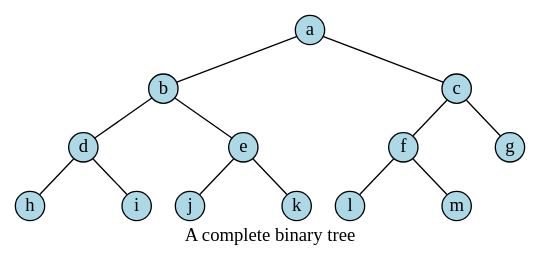
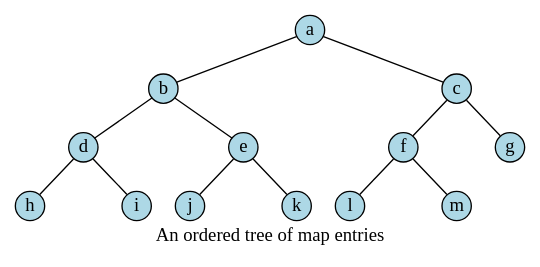
One commit to DaveParillo/cisc187-reader changed the diagram in src/trees/map.rst. Above: the diagram before and after it, drawn with Graphviz. The commit also changed other lines of this file and 25 other files, not shown here.

```diff
--- a/src/trees/map.rst
+++ b/src/trees/map.rst
@@ -96,31 +192,31 @@
 .. digraph:: larger
-   :alt: A complete binary tree
+   :alt: An ordered tree used to illustrate map keys
 
    graph [
           nodesep=0.25, ranksep=0.3, splines=line;
           labelloc=b;
-          label="A complete binary tree";
+          label="An ordered tree of map entries";
        ];
    node [fontname = "Bitstream Vera Sans", fontsize=14,
          style=filled, fillcolor=lightblue,
          shape=circle, fixedsize=true, width=0.3];
    edge [weight=1, arrowsize=0.5, dir=none];
 
    a, b, am, c, d, bm, e, f, cm, g, h, dm, i, j, em, k, l, fm, m;
    am, bm, cm, dm, em, fm [style=invis, label=""];
 
    a->b,c;
    b->d [weight=2]; // nudge b: trees b & c are not balanced
    b->e;
    c->f,g;
    d->h,i;
    e->j,k;
    f->l,m;
 
    edge [style=invis, weight=100];
    d->dm; 
    e->em;
    b->bm;
    f->fm;
    c->cm;
    a->am;
```
